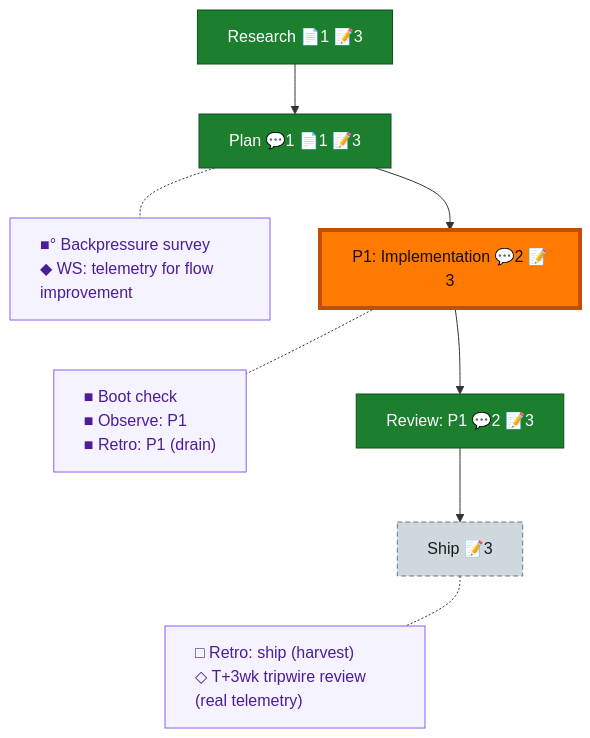
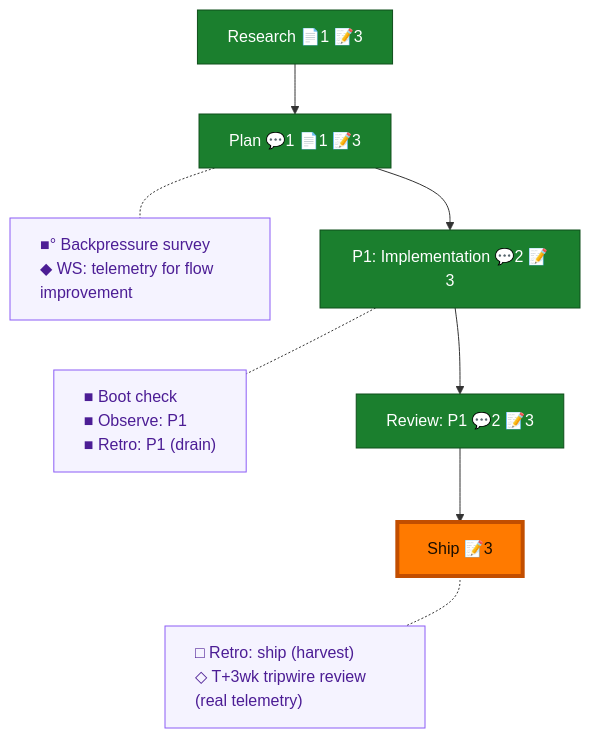
The diagram in docs/plans/056-dont-apologise-fix/the-flow.md (AI-Substrate/harness-engineering), drawn with Mermaid before and after one commit. The commit also changed other lines of this file and 6 other files, not shown here.

Commit message:
docs(foundations): rules-of-why + delegation doctrine in AGENTS.md; 056 post-ship flow state; 057 plan artifacts through P1 tasks

````diff
--- a/docs/plans/056-dont-apologise-fix/the-flow.md
+++ b/docs/plans/056-dont-apologise-fix/the-flow.md
@@ -8,28 +8,27 @@
 ```mermaid
 flowchart TD
     research["Research 📄1 📝3"]:::done
     plan["Plan 💬1 📄1 📝3"]:::done
     phase_1["P1: Implementation 💬2 📝3"]:::done
     review_1["Review: P1 💬2 📝3"]:::done
-    ship["Ship 📝3"]:::assumed
+    ship["Ship 📝3"]:::done
 
     research --> plan --> phase_1 --> review_1 --> ship
 
     planC["■° Backpressure survey<br/>◆ WS: telemetry for flow improvement"]:::chore
     phase_1C["■ Boot check<br/>■ Observe: P1<br/>■ Retro: P1 (drain)"]:::chore
     shipC["□ Retro: ship (harvest)<br/>◇ T+3wk tripwire review (real telemetry)"]:::chore
 
     %% invisible chain holds the gutter boxes in their own column
     planC ~~~ phase_1C ~~~ shipC
 
     %% dotted links pull each gutter box beside its node
     plan -.- planC
     phase_1 -.- phase_1C
     ship -.- shipC
 
     classDef done fill:#1B7F2E,stroke:#0F4F1B,color:#fff;
-    classDef assumed fill:#CFD8DC,stroke:#607D8B,color:#1a1a1a,stroke-dasharray:5 3;
     classDef chore fill:#f5f3ff,stroke:#8b5cf6,color:#4c1d95,text-align:left;
     classDef current fill:#FF7A00,stroke:#C24E00,color:#1a0e00,stroke-width:4px;
-    class phase_1 current;
+    class ship current;
 ```
````
